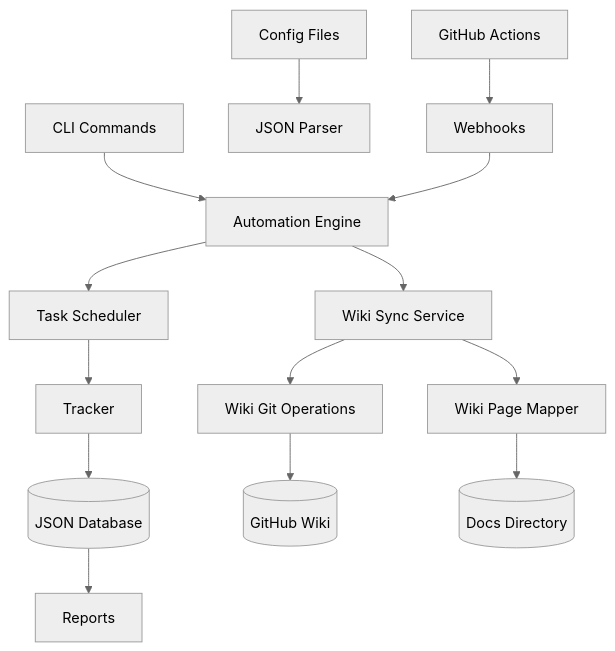
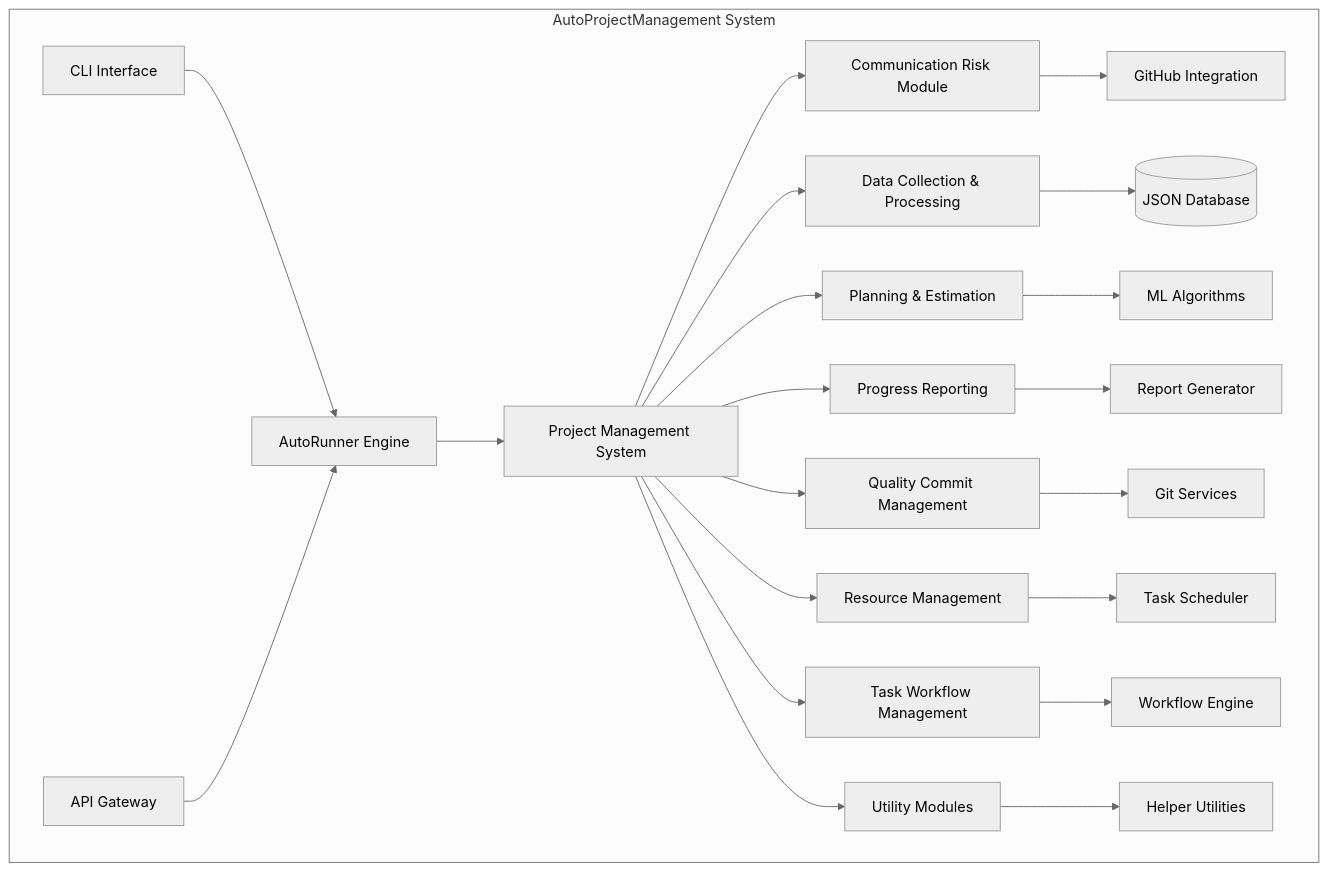
One commit to Shakour-Data/AutoProjectManagement changed the first of 4 diagrams in README.md. Above: the diagram before and after it, drawn with Mermaid (neutral theme). The commit also changed other lines of this file, not shown here.

````diff
--- a/README.md
+++ b/README.md
@@ -33,16 +51,26 @@
 ```mermaid
 graph TB
-    CLI[CLI Commands] --> Engine[Automation Engine]
-    Config[Config Files] --> Parser[JSON Parser]
-    Engine --> Scheduler[Task Scheduler]
-    Scheduler --> Tracker[Tracker]
-    Tracker --> JSONDB[(JSON Database)]
-    JSONDB --> Reports[Reports]
-    Actions[GitHub Actions] --> Webhooks[Webhooks]
-    Webhooks --> Engine
-    Engine --> WikiSync[Wiki Sync Service]
-    WikiSync --> WikiGit[Wiki Git Operations]
-    WikiGit --> GitHubWiki[(GitHub Wiki)]
-    WikiSync --> PageMapper[Wiki Page Mapper]
-    PageMapper --> Docs[(Docs Directory)]
+    subgraph "AutoProjectManagement System"
+        CLI[CLI Interface] --> ARE[AutoRunner Engine]
+        API[API Gateway] --> ARE
+        ARE --> PMS[Project Management System]
+        
+        PMS --> CRM[Communication Risk Module]
+        PMS --> DCP[Data Collection & Processing]
+        PMS --> PE[Planning & Estimation]
+        PMS --> PR[Progress Reporting]
+        PMS --> QCM[Quality Commit Management]
+        PMS --> RM[Resource Management]
+        PMS --> TWM[Task Workflow Management]
+        PMS --> UM[Utility Modules]
+        
+        CRM --> GH[GitHub Integration]
+        DCP --> JSON[(JSON Database)]
+        PE --> ML[ML Algorithms]
+        PR --> REP[Report Generator]
+        QCM --> GIT[Git Services]
+        RM --> TS[Task Scheduler]
+        TWM --> WE[Workflow Engine]
+        UM --> UTIL[Helper Utilities]
+    end
 ```
````
